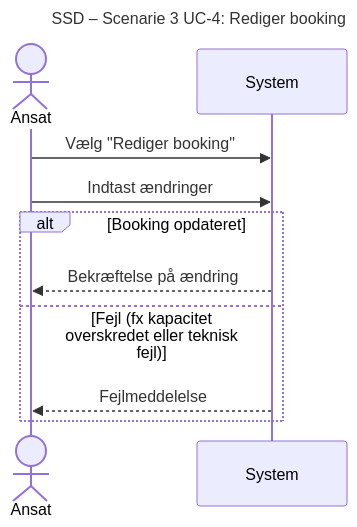
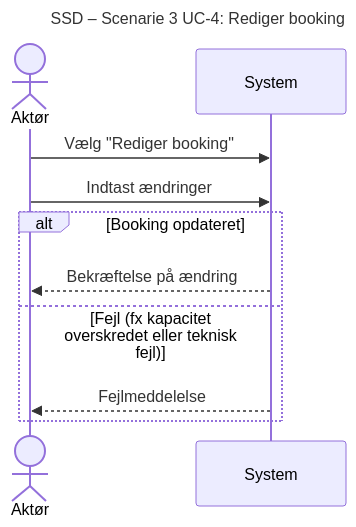
The diagram in docs/Scenarie 3 UC4/SSD S3 UC4.mmd (DMOoF25/TheMovie), drawn with Mermaid before and after one commit.

Commit message:
Update SSD S3 UC4.mmd

```diff
--- a/docs/Scenarie 3 UC4/SSD S3 UC4.mmd
+++ b/docs/Scenarie 3 UC4/SSD S3 UC4.mmd
@@ -1,14 +1,14 @@
 sequenceDiagram
 title SSD – Scenarie 3 UC-4: Rediger booking
 
 
-    actor Ansat
+    actor Aktør
     participant System
 
-    Ansat->>System: Vælg "Rediger booking"
-    Ansat->>System: Indtast ændringer
+    Aktør->>System: Vælg "Rediger booking"
+    Aktør->>System: Indtast ændringer
     alt Booking opdateret
-        System-->>Ansat: Bekræftelse på ændring
+        System-->>Aktør: Bekræftelse på ændring
     else Fejl (fx kapacitet overskredet eller teknisk fejl)
-        System-->>Ansat: Fejlmeddelelse
+        System-->>Aktør: Fejlmeddelelse
     end
```
